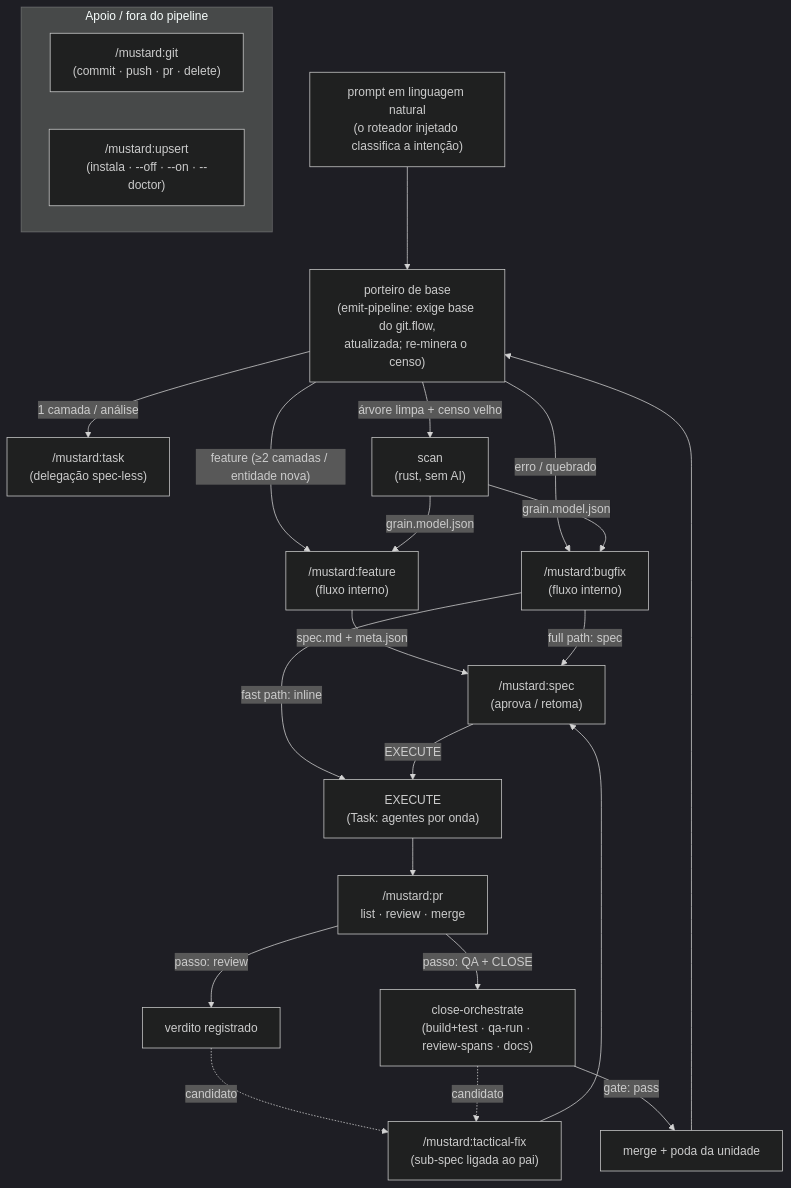
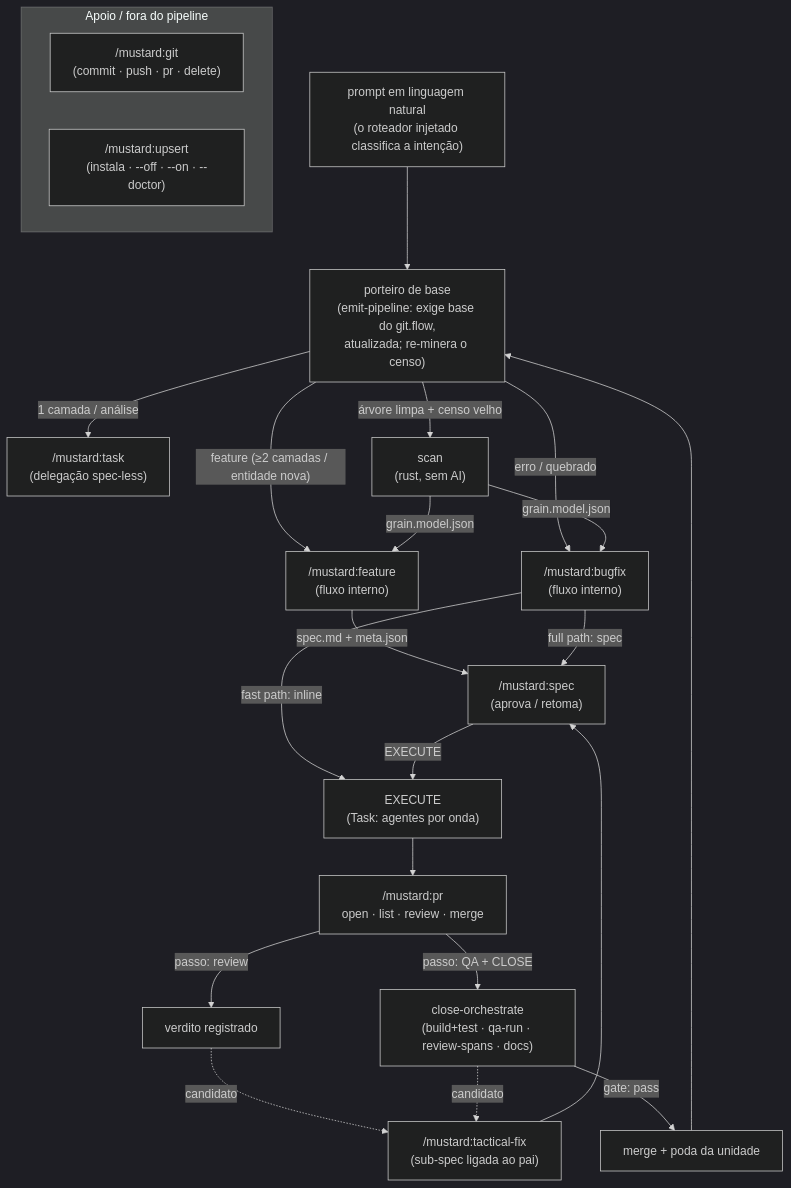
Before and after one commit to rubensrpj/mustard: the first of 12 diagrams in MUSTARD-COMMANDS.md, drawn with Mermaid (dark theme). The commit also changed other lines of this file and 12 other files, not shown here.

````diff
--- a/MUSTARD-COMMANDS.md
+++ b/MUSTARD-COMMANDS.md
@@ -25,32 +25,32 @@
 ```mermaid
 flowchart TD
     door["prompt em linguagem natural<br/>(o roteador injetado classifica a intenção)"] --> gate["porteiro de base<br/>(emit-pipeline: exige base do git.flow,<br/>atualizada; re-minera o censo)"]
     gate -->|"feature (≥2 camadas / entidade nova)"| feat["/mustard:feature<br/>(fluxo interno)"]
     gate -->|"erro / quebrado"| bug["/mustard:bugfix<br/>(fluxo interno)"]
     gate -->|"1 camada / análise"| task["/mustard:task<br/>(delegação spec-less)"]
 
     gate -->|"árvore limpa + censo velho"| scan["scan<br/>(rust, sem AI)"]
     scan -->|grain.model.json| feat
     scan -->|grain.model.json| bug
 
     feat -->|spec.md + meta.json| spec["/mustard:spec<br/>(aprova / retoma)"]
     bug -->|"fast path: inline"| exec
     bug -->|"full path: spec"| spec
 
     spec -->|EXECUTE| exec["EXECUTE<br/>(Task: agentes por onda)"]
-    exec --> pr["/mustard:pr<br/>list · review · merge"]
+    exec --> pr["/mustard:pr<br/>open · list · review · merge"]
     pr -->|"passo: review"| rev["verdito registrado"]
     pr -->|"passo: QA + CLOSE"| gates["close-orchestrate<br/>(build+test · qa-run · review-spans · docs)"]
     gates -->|"gate: pass"| merge["merge + poda da unidade"]
 
     rev -. candidato .-> tf["/mustard:tactical-fix<br/>(sub-spec ligada ao pai)"]
     gates -. candidato .-> tf
     tf --> spec
 
     merge --> gate
 
     subgraph apoio["Apoio / fora do pipeline"]
         git["/mustard:git<br/>(commit · push · pr · delete)"]
         upsert["/mustard:upsert<br/>(instala · --off · --on · --doctor)"]
     end
 ```
````
